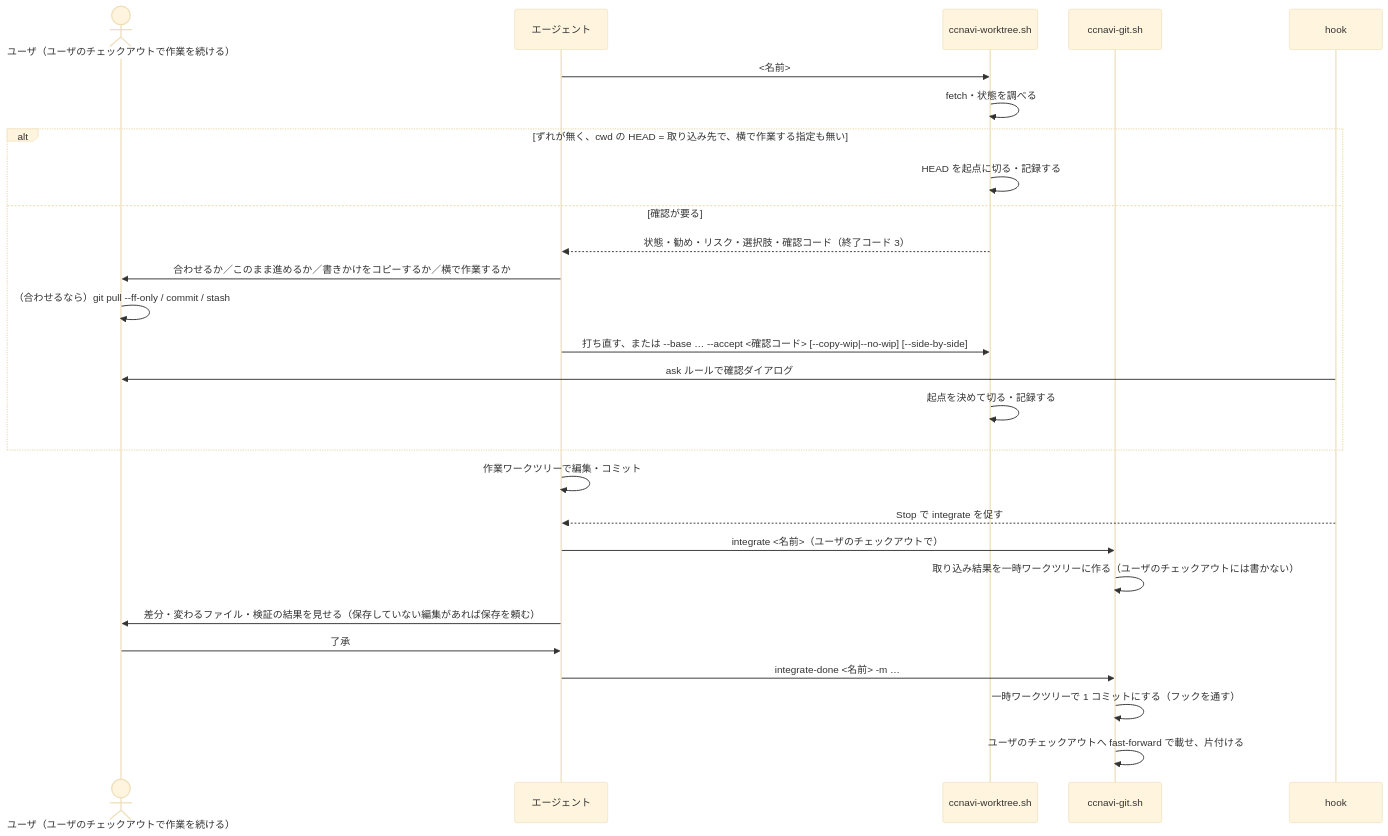
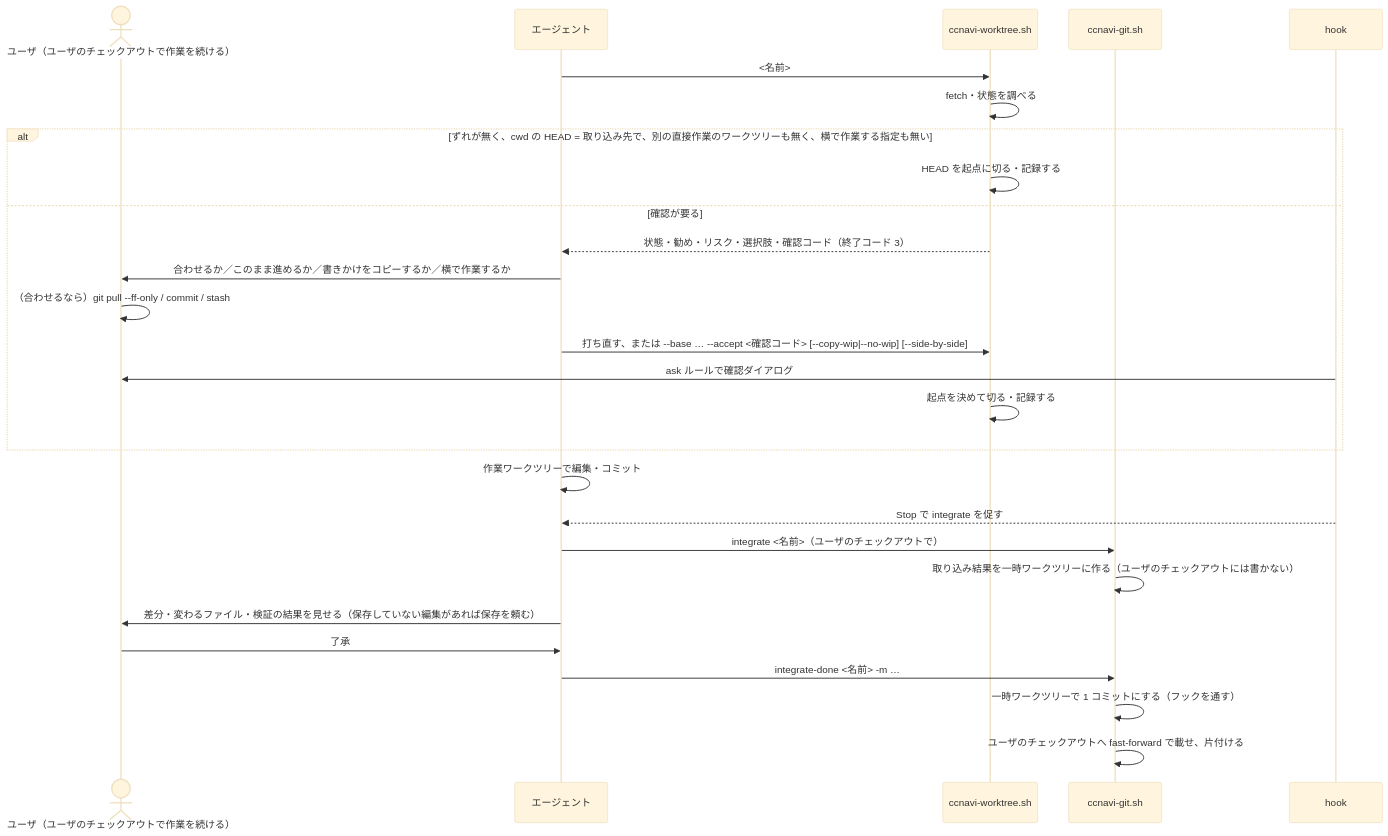
One commit to yuki-matsu783/ccnavi changed the diagram in .ccnavi/docs/direct-flow.md. Above: the diagram before and after it, drawn with Mermaid (base theme). The commit also changed other lines of this file and 5 other files, not shown here.

````diff
--- a/.ccnavi/docs/direct-flow.md
+++ b/.ccnavi/docs/direct-flow.md
@@ -43,29 +43,29 @@
 ```mermaid
 sequenceDiagram
   actor U as ユーザ（ユーザのチェックアウトで作業を続ける）
   participant A as エージェント
   participant W as ccnavi-worktree.sh
   participant G as ccnavi-git.sh
   participant H as hook
   A->>W: <名前>
   W->>W: fetch・状態を調べる
-  alt ずれが無く、cwd の HEAD = 取り込み先で、横で作業する指定も無い
+  alt ずれが無く、cwd の HEAD = 取り込み先で、別の直接作業のワークツリーも無く、横で作業する指定も無い
     W->>W: HEAD を起点に切る・記録する
   else 確認が要る
     W-->>A: 状態・勧め・リスク・選択肢・確認コード（終了コード 3）
     A->>U: 合わせるか／このまま進めるか／書きかけをコピーするか／横で作業するか
     U->>U: （合わせるなら）git pull --ff-only / commit / stash
     A->>W: 打ち直す、または --base … --accept <確認コード> [--copy-wip|--no-wip] [--side-by-side]
     H->>U: ask ルールで確認ダイアログ
     W->>W: 起点を決めて切る・記録する
   end
   A->>A: 作業ワークツリーで編集・コミット
   H-->>A: Stop で integrate を促す
   A->>G: integrate <名前>（ユーザのチェックアウトで）
   G->>G: 取り込み結果を一時ワークツリーに作る（ユーザのチェックアウトには書かない）
   A->>U: 差分・変わるファイル・検証の結果を見せる（保存していない編集があれば保存を頼む）
   U->>A: 了承
   A->>G: integrate-done <名前> -m …
   G->>G: 一時ワークツリーで 1 コミットにする（フックを通す）
   G->>G: ユーザのチェックアウトへ fast-forward で載せ、片付ける
 ```
````
